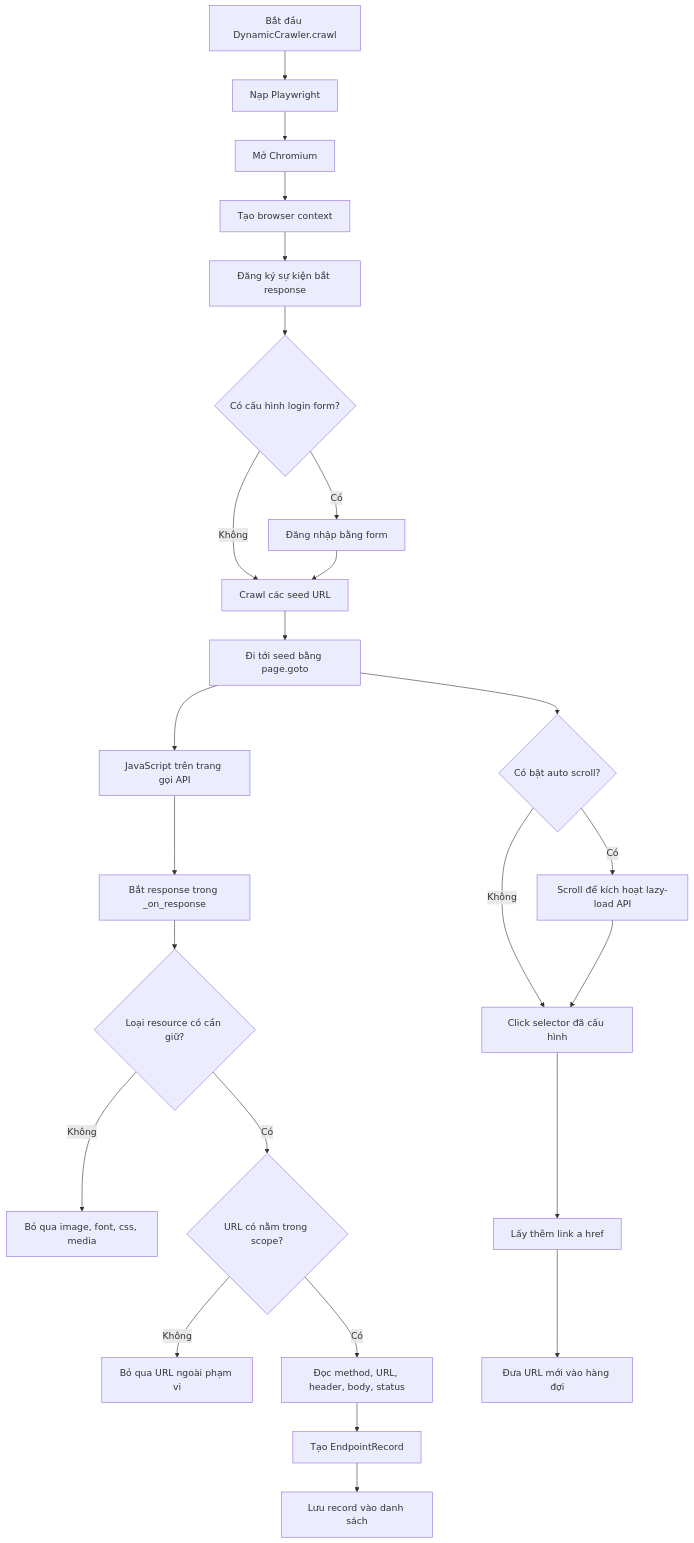
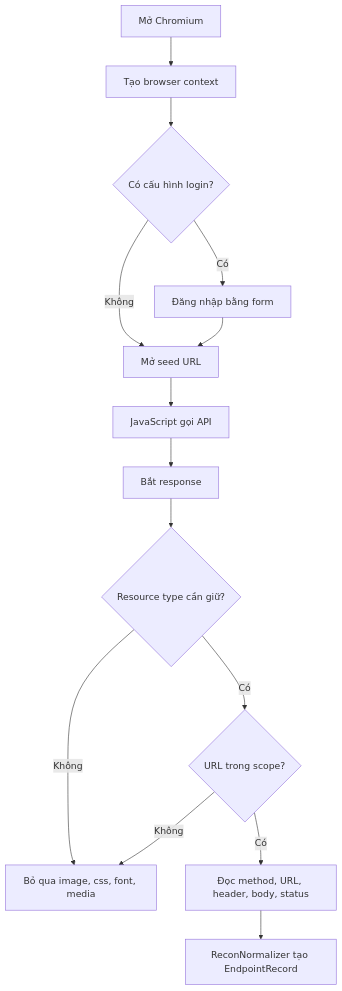
The fourth of 8 diagrams in recontool/RECON_FLOW.md (penguino7/toolkiemthu), drawn with Mermaid before and after one commit. The commit also changed other lines of this file and 34 other files, not shown here.

````diff
--- a/recontool/RECON_FLOW.md
+++ b/recontool/RECON_FLOW.md
@@ -98,32 +69,16 @@
 ```mermaid
 flowchart TD
-    A[Bắt đầu DynamicCrawler.crawl] --> B[Nạp Playwright]
-    B --> C[Mở Chromium]
-    C --> D[Tạo browser context]
-    D --> E[Đăng ký sự kiện bắt response]
-    E --> F{Có cấu hình login form?}
-
-    F -->|Có| G[Đăng nhập bằng form]
-    F -->|Không| H[Crawl các seed URL]
-    G --> H
-
-    H --> I[Đi tới seed bằng page.goto]
-    I --> J[JavaScript trên trang gọi API]
-    J --> K[Bắt response trong _on_response]
-
-    K --> L{Loại resource có cần giữ?}
-    L -->|Không| X[Bỏ qua image, font, css, media]
-    L -->|Có| M{URL có nằm trong scope?}
-
-    M -->|Không| Y[Bỏ qua URL ngoài phạm vi]
-    M -->|Có| N[Đọc method, URL, header, body, status]
-    N --> O[Tạo EndpointRecord]
-    O --> P[Lưu record vào danh sách]
-
-    I --> Q{Có bật auto scroll?}
-    Q -->|Có| R[Scroll để kích hoạt lazy-load API]
-    Q -->|Không| S[Click selector đã cấu hình]
-    R --> S
-    S --> T[Lấy thêm link a href]
-    T --> U[Đưa URL mới vào hàng đợi]
+    A[Mở Chromium] --> B[Tạo browser context]
+    B --> C{Có cấu hình login?}
+    C -->|Có| D[Đăng nhập bằng form]
+    C -->|Không| E[Mở seed URL]
+    D --> E
+    E --> F[JavaScript gọi API]
+    F --> G[Bắt response]
+    G --> H{Resource type cần giữ?}
+    H -->|Không| I[Bỏ qua image, css, font, media]
+    H -->|Có| J{URL trong scope?}
+    J -->|Không| I
+    J -->|Có| K[Đọc method, URL, header, body, status]
+    K --> L[ReconNormalizer tạo EndpointRecord]
 ```
````
